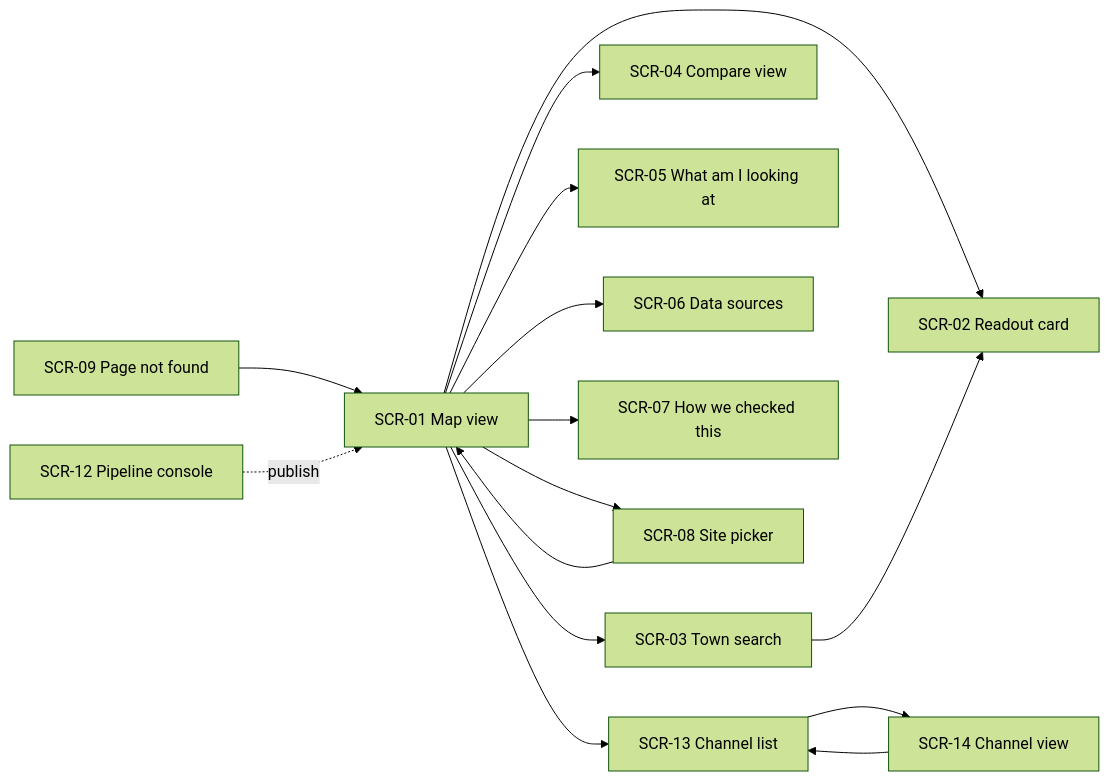
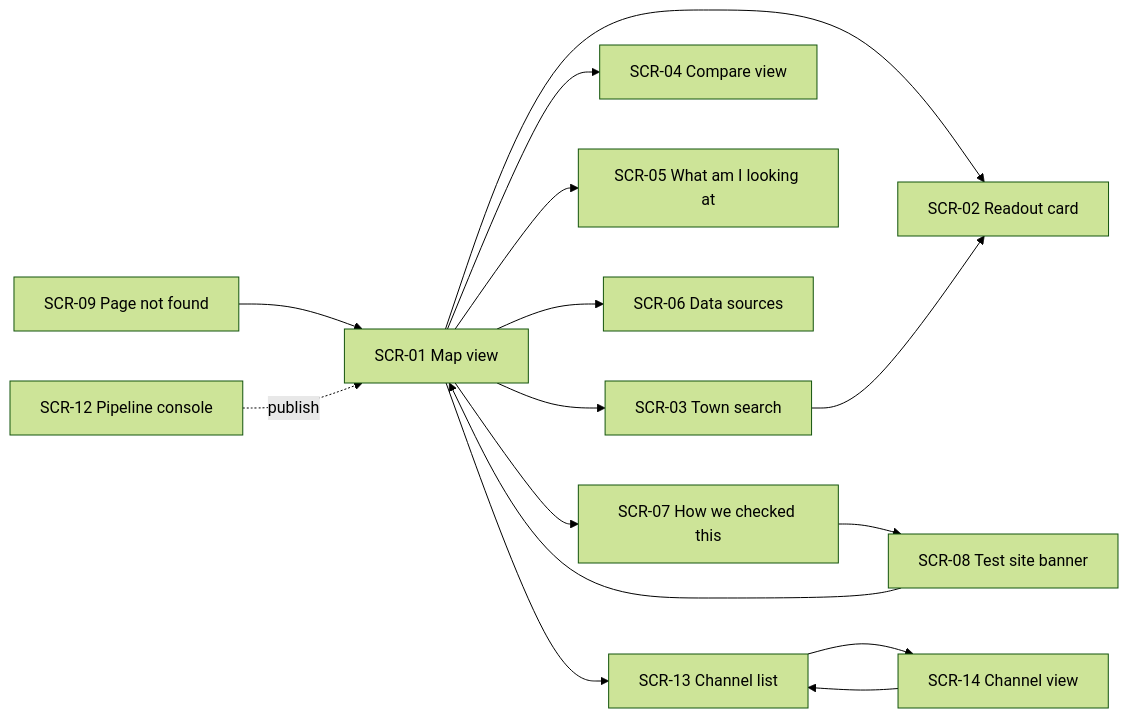
Before and after one commit to BontoJamesRod/groudon-s-land-in-albay: the first of 10 diagrams in docs/03-user-flows.md, drawn with Mermaid (forest theme). The commit also changed other lines of this file and 4 other files, not shown here.

````diff
--- a/docs/03-user-flows.md
+++ b/docs/03-user-flows.md
@@ -30,17 +30,17 @@
 ```mermaid
 flowchart LR
     SCR01["SCR-01 Map view"] --> SCR02["SCR-02 Readout card"]
     SCR01 --> SCR03["SCR-03 Town search"]
     SCR03 --> SCR02
     SCR01 --> SCR04["SCR-04 Compare view"]
     SCR01 --> SCR05["SCR-05 What am I looking at"]
     SCR01 --> SCR06["SCR-06 Data sources"]
     SCR01 --> SCR07["SCR-07 How we checked this"]
-    SCR01 --> SCR08["SCR-08 Site picker"]
+    SCR07 --> SCR08["SCR-08 Test site banner"]
     SCR08 --> SCR01
     SCR01 --> SCR13["SCR-13 Channel list"]
     SCR13 --> SCR14["SCR-14 Channel view"]
     SCR14 --> SCR13
     SCR09["SCR-09 Page not found"] --> SCR01
     SCR12["SCR-12 Pipeline console"] -. publish .-> SCR01
 ```
````
